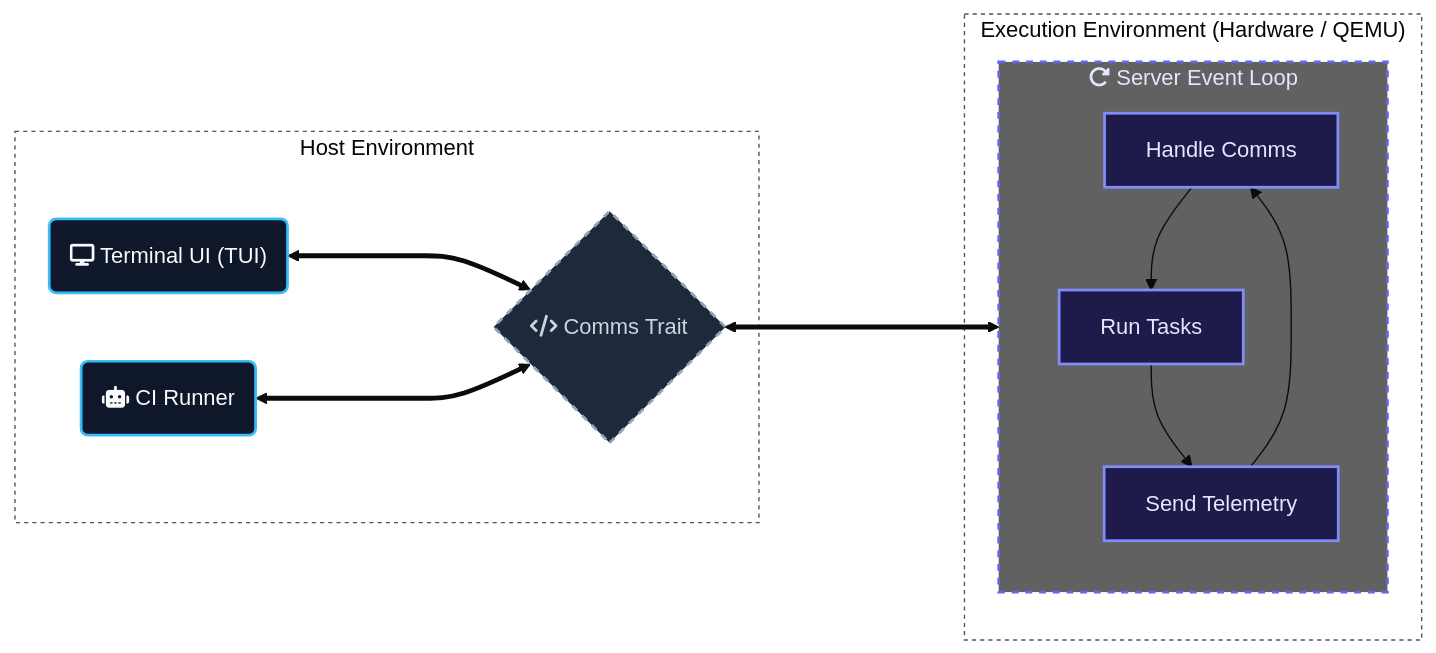
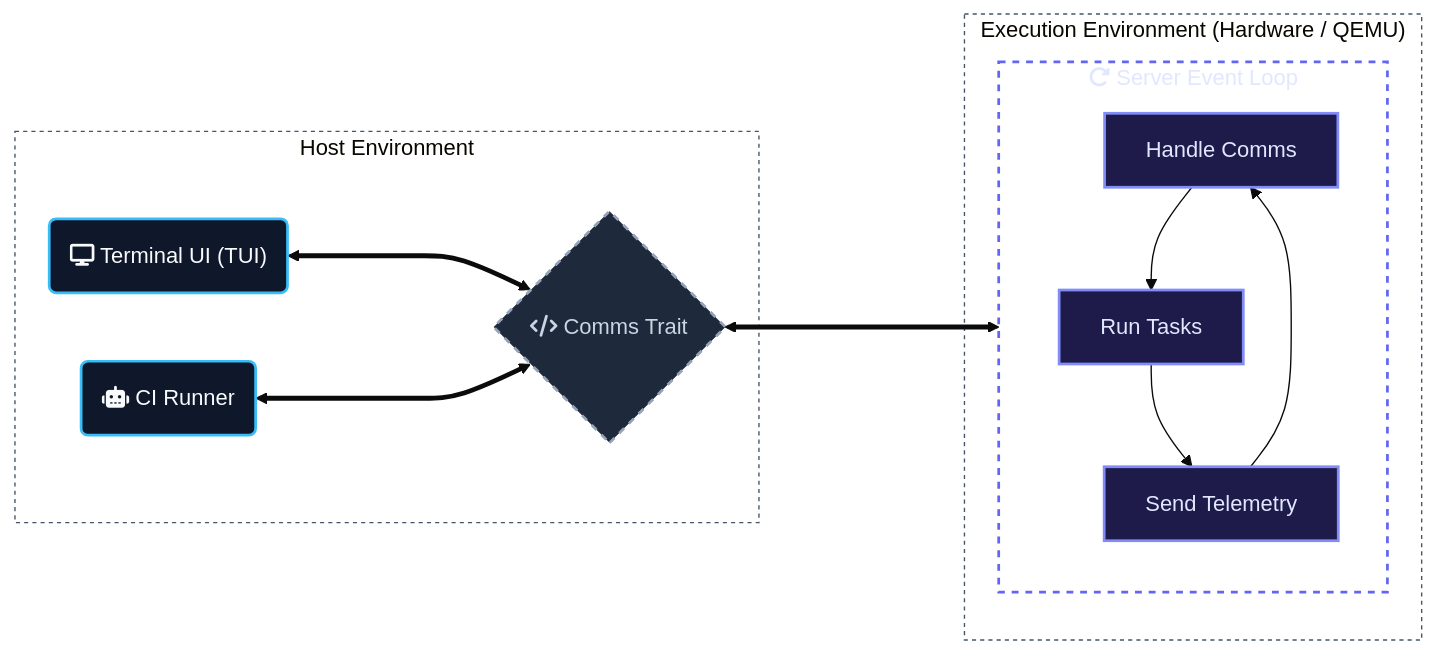
Before and after one commit to Dyse-Industries/control-rs: the diagram in README.md, drawn with Mermaid (base theme).

````diff
--- a/README.md
+++ b/README.md
@@ -21,41 +21,42 @@
 ```mermaid
 ---
 config:
   layout: dagre
 ---
 flowchart LR
  subgraph Host["Host Environment"]
         TUI("fa:fa-display Terminal UI (TUI)")
         CI("fa:fa-robot CI Runner")
         Comm{"fa:fa-code Comms Trait"}
   end
  subgraph Loop["fa:fa-rotate-right Server Event Loop"]
     direction TB
         Comms["Handle Comms"]
         Tasks["Run Tasks"]
         Telem["Send Telemetry"]
   end
  subgraph TargetEnv["Execution Environment (Hardware / QEMU)"]
         Loop
   end
     Comms --> Tasks
     Tasks --> Telem
     Telem --> Comms
     TUI <====> Comm
     CI <====> Comm
     Comm <====> Comms
 
-     TUI:::host
-     CI:::host
-     Comm:::link
-     Comms:::target
-     Tasks:::target
-     Telem:::target
+    TUI:::host
+    CI:::host
+    Comm:::link
+    Comms:::target
+    Tasks:::target
+    Telem:::target
+
     classDef host fill:#0f172a,stroke:#38bdf8,stroke-width:2px,color:#f8fafc
     classDef link fill:#1e293b,stroke:#94a3b8,stroke-width:2px,stroke-dasharray:5 5,color:#cbd5e1
     classDef target fill:#1e1b4b,stroke:#818cf8,stroke-width:2px,color:#e0e7ff
-    style Comms fill:#1e1b4b
-    style Loop fill:#616161,stroke:#6366f1,stroke-width:2px,stroke-dasharray:5 5,color:#e0e7ff
     style Host fill:transparent,stroke:#475569,stroke-width:1px,stroke-dasharray:3 3
     style TargetEnv fill:transparent,stroke:#475569,stroke-width:1px,stroke-dasharray:3 3
+    style Loop fill:transparent,stroke:#6366f1,stroke-width:2px,stroke-dasharray:5 5,color:#e0e7ff
+
 ```
````
